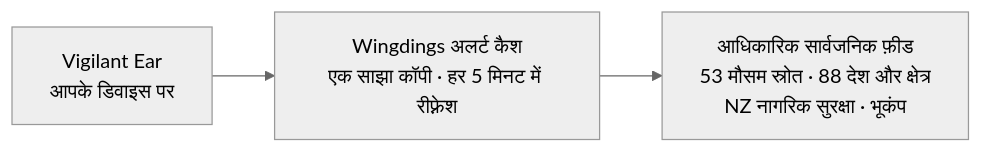
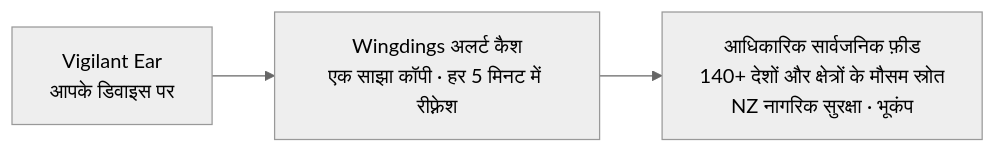
One commit to rpalm01-star/VigilantEarLegal changed the fourth of 4 diagrams in README_hi.md. Above: the diagram before and after it, drawn with Mermaid (neutral theme). The commit also changed other lines of this file and 59 other files, not shown here.

````diff
--- a/README_hi.md
+++ b/README_hi.md
@@ -182,5 +182,5 @@
 ```mermaid
 graph LR
     P1["Vigilant Ear<br/>आपके डिवाइस पर"] --> W["Wingdings अलर्ट कैश<br/>एक साझा कॉपी · हर 5 मिनट में रीफ़्रेश"]
-    W --> N["आधिकारिक सार्वजनिक फ़ीड<br/>53 मौसम स्रोत · 88 देश और क्षेत्र<br/>NZ नागरिक सुरक्षा · भूकंप"]
+    W --> N["आधिकारिक सार्वजनिक फ़ीड<br/>140+ देशों और क्षेत्रों के मौसम स्रोत<br/>NZ नागरिक सुरक्षा · भूकंप"]
 ```
````
